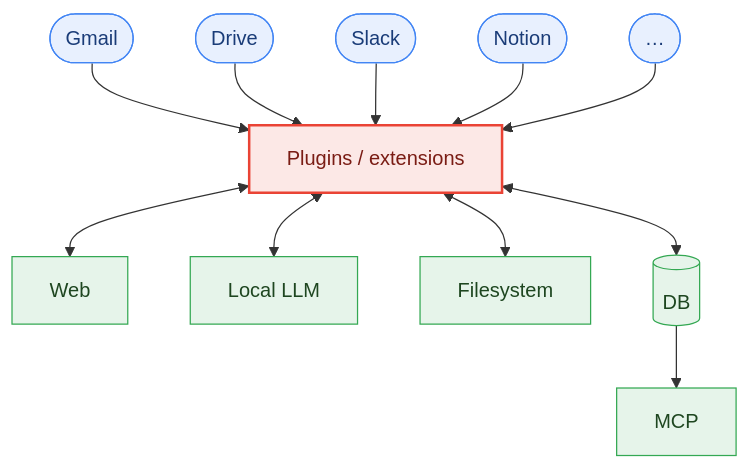
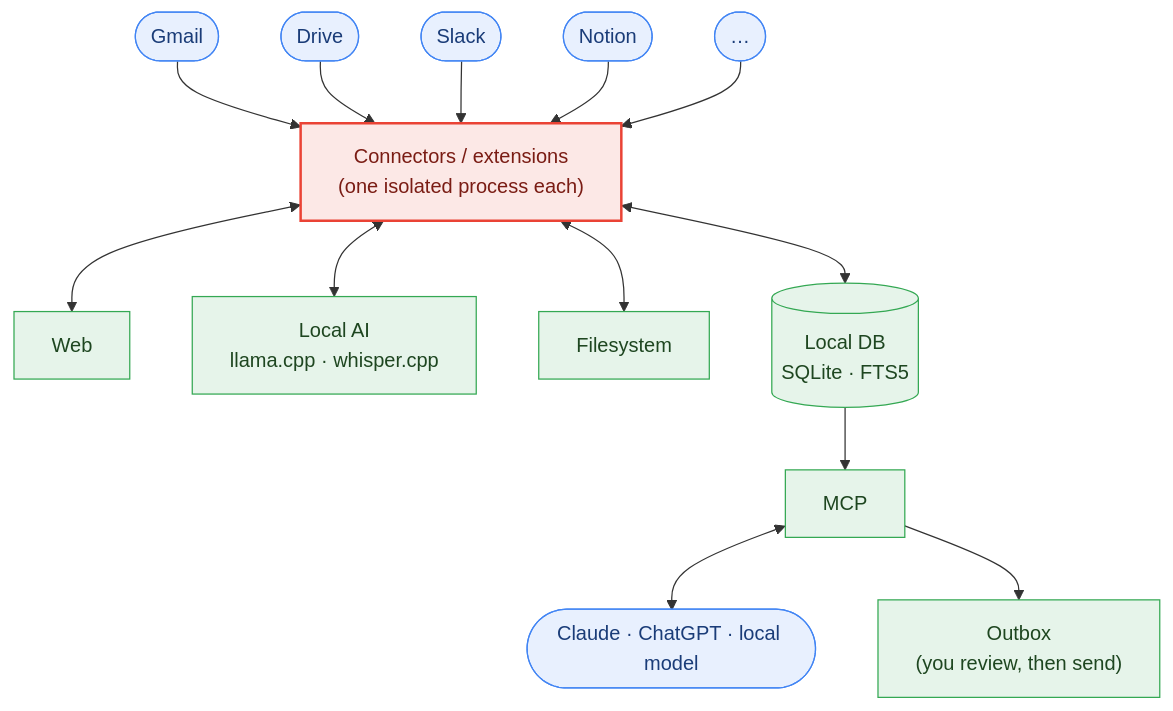
One commit to edjafarov/kiagent-core changed the diagram in README.md. Above: the diagram before and after it, drawn with Mermaid. The commit also changed other lines of this file, not shown here.

Commit message:
docs(readme): KIAgent as an AI operating system for personal data; cover Outbox, multi-device, formats and local AI since v0.101

````diff
--- a/README.md
+++ b/README.md
@@ -30,35 +53,39 @@
 ```mermaid
 flowchart TB
     GMAIL(["Gmail"])
     DRIVE(["Drive"])
     SLACK(["Slack"])
     NOTION(["Notion"])
     MORE(["…"])
 
-    PLUGINS["Plugins / extensions"]
+    PLUGINS["Connectors / extensions<br/>(one isolated process each)"]
 
     WEB["Web"]
-    LLM["Local LLM"]
+    LLM["Local AI<br/>llama.cpp · whisper.cpp"]
     FS["Filesystem"]
-    DB[("DB")]
+    DB[("Local DB<br/>SQLite · FTS5")]
     MCP["MCP"]
+    OUT["Outbox<br/>(you review, then send)"]
+    AI(["Claude · ChatGPT · local model"])
 
     GMAIL --> PLUGINS
     DRIVE --> PLUGINS
     SLACK --> PLUGINS
     NOTION --> PLUGINS
     MORE --> PLUGINS
     PLUGINS <--> WEB
     PLUGINS <--> LLM
     PLUGINS <--> FS
     PLUGINS <--> DB
     DB --> MCP
+    MCP <--> AI
+    MCP --> OUT
 
     classDef service fill:#e8f0fe,stroke:#4285f4,color:#1a3c78
     classDef core fill:#e6f4ea,stroke:#34a853,color:#1e4620
     classDef hub fill:#fce8e6,stroke:#ea4335,color:#7a1c14,stroke-width:2px
 
-    class GMAIL,DRIVE,SLACK,NOTION,MORE service
-    class WEB,LLM,FS,DB,MCP core
+    class GMAIL,DRIVE,SLACK,NOTION,MORE,AI service
+    class WEB,LLM,FS,DB,MCP,OUT core
     class PLUGINS hub
 ```
````
